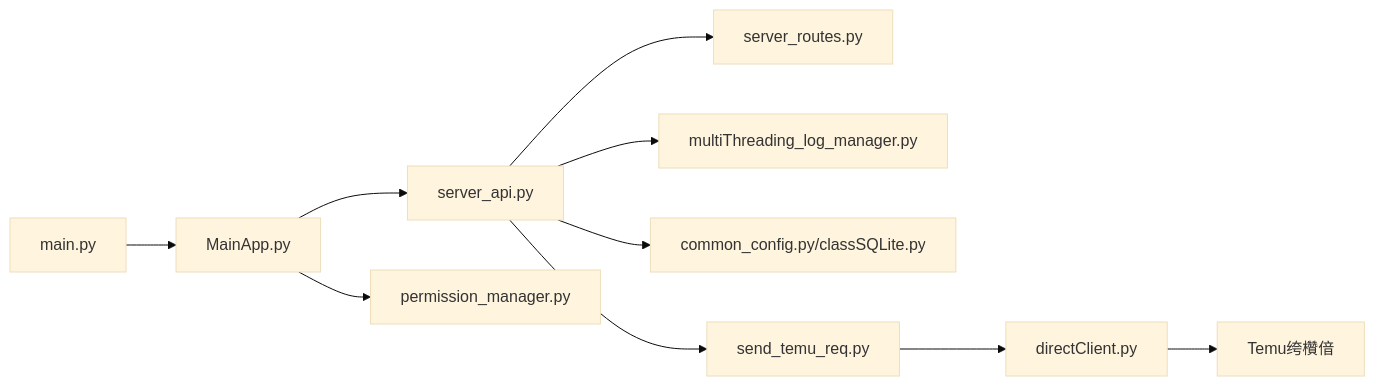
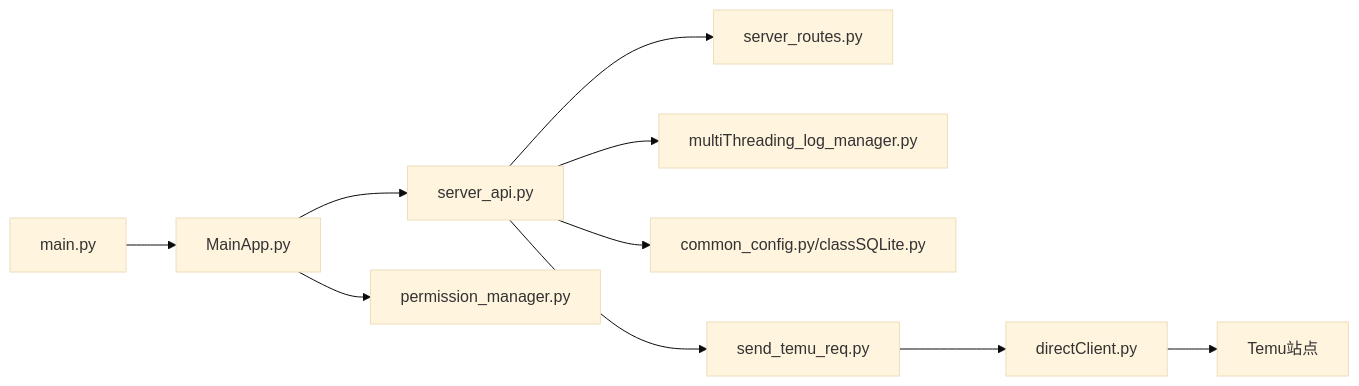
The fifth of 5 diagrams in 代码规范/系统说明文档md/系统架构/系统架构.md (boltspectre/temu-automation-toolkit), drawn with Mermaid (base theme) before and after one commit. The commit also changed other lines of this file and 15 other files, not shown here.

````diff
--- a/代码规范/系统说明文档md/系统架构/系统架构.md
+++ b/代码规范/系统说明文档md/系统架构/系统架构.md
@@ -227,12 +264,12 @@
 ```mermaid
 graph LR
 Main["main.py"] --> GUI["MainApp.py"]
 GUI --> API["server_api.py"]
 API --> Routes["server_routes.py"]
 API --> LogMgr["multiThreading_log_manager.py"]
 GUI --> Perm["permission_manager.py"]
 API --> DB["common_config.py/classSQLite.py"]
 API --> Util["send_temu_req.py"]
 Util --> Direct["directClient.py"]
-Direct --> Temu["Temu绔欑偣"]
+Direct --> Temu["Temu站点"]
 ```
````
